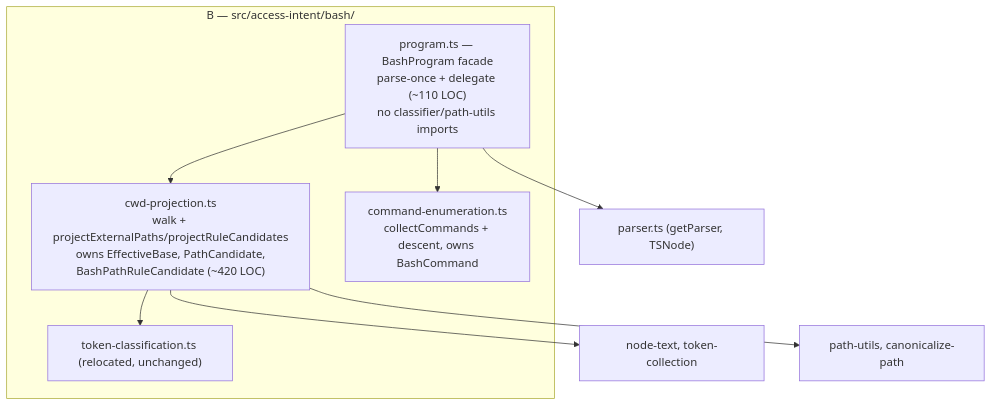
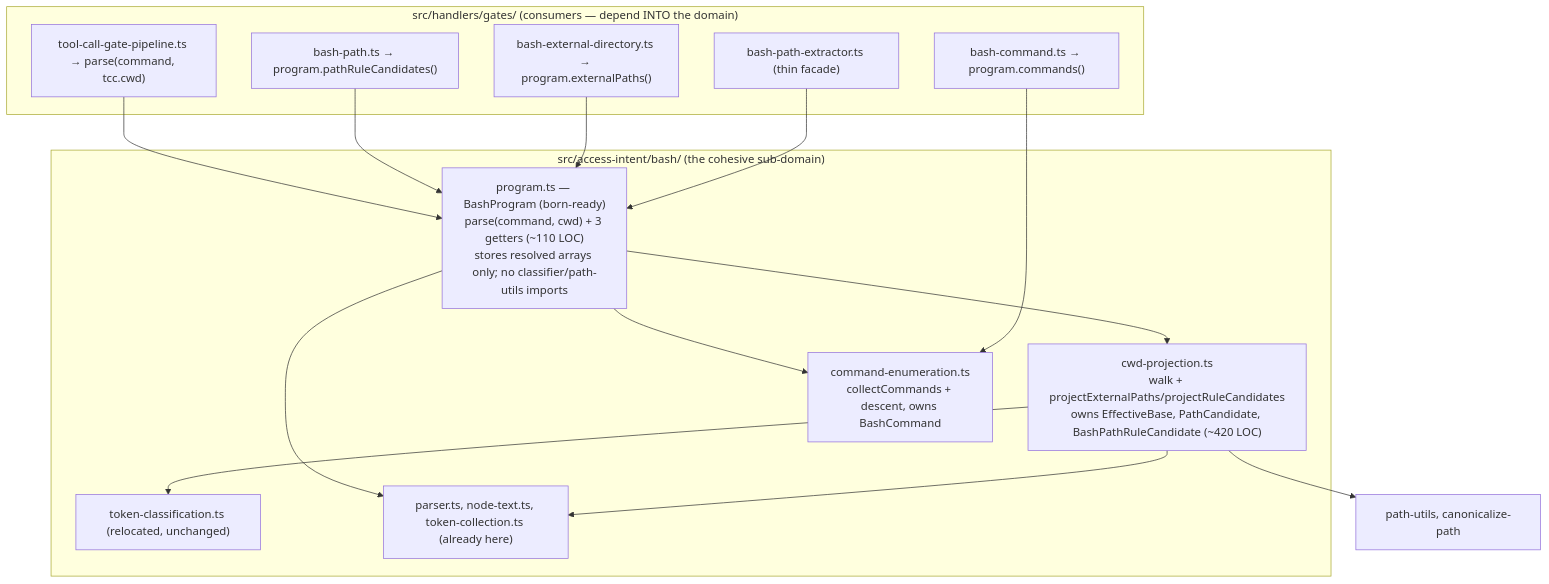
Before and after one commit to whaoa/forked-gotgenes-pi-packages: the second of 2 diagrams in packages/pi-permission-system/docs/plans/0475-extract-command-enumeration-cwd-projection.md, drawn with Mermaid. The commit also changed other lines of this file, not shown here.

Commit message:
docs: revise #475 plan — born-ready BashProgram + cwd type fix (#475)

````diff
--- a/packages/pi-permission-system/docs/plans/0475-extract-command-enumeration-cwd-projection.md
+++ b/packages/pi-permission-system/docs/plans/0475-extract-command-enumeration-cwd-projection.md
@@ -160,15 +144,29 @@
 ```mermaid
 flowchart TD
-    subgraph dom["B — src/access-intent/bash/"]
-        prog["program.ts — BashProgram facade<br/>parse-once + delegate (~110 LOC)<br/>no classifier/path-utils imports"]
-        proj["cwd-projection.ts<br/>walk + projectExternalPaths/projectRuleCandidates<br/>owns EffectiveBase, PathCandidate,<br/>BashPathRuleCandidate (~420 LOC)"]
+    subgraph dom["src/access-intent/bash/ (the cohesive sub-domain)"]
+        prog["program.ts — BashProgram (born-ready)<br/>parse(command, cwd) + 3 getters (~110 LOC)<br/>stores resolved arrays only; no classifier/path-utils imports"]
+        proj["cwd-projection.ts<br/>walk + projectExternalPaths/projectRuleCandidates<br/>owns EffectiveBase, PathCandidate, BashPathRuleCandidate (~420 LOC)"]
         enm["command-enumeration.ts<br/>collectCommands + descent, owns BashCommand"]
         clsf["token-classification.ts (relocated, unchanged)"]
+        base["parser.ts, node-text.ts, token-collection.ts (already here)"]
     end
     prog --> enm
     prog --> proj
-    prog --> parser["parser.ts (getParser, TSNode)"]
+    prog --> base
     proj --> clsf
-    proj --> nt["node-text, token-collection"]
+    proj --> base
     proj --> putils["path-utils, canonicalize-path"]
+
+    subgraph gates["src/handlers/gates/ (consumers — depend INTO the domain)"]
+        pipe["tool-call-gate-pipeline.ts → parse(command, tcc.cwd)"]
+        bcmd["bash-command.ts → program.commands()"]
+        bpath["bash-path.ts → program.pathRuleCandidates()"]
+        bext["bash-external-directory.ts → program.externalPaths()"]
+        bextr["bash-path-extractor.ts (thin facade)"]
+    end
+    pipe --> prog
+    bcmd --> enm
+    bpath --> prog
+    bext --> prog
+    bextr --> prog
 ```
````
